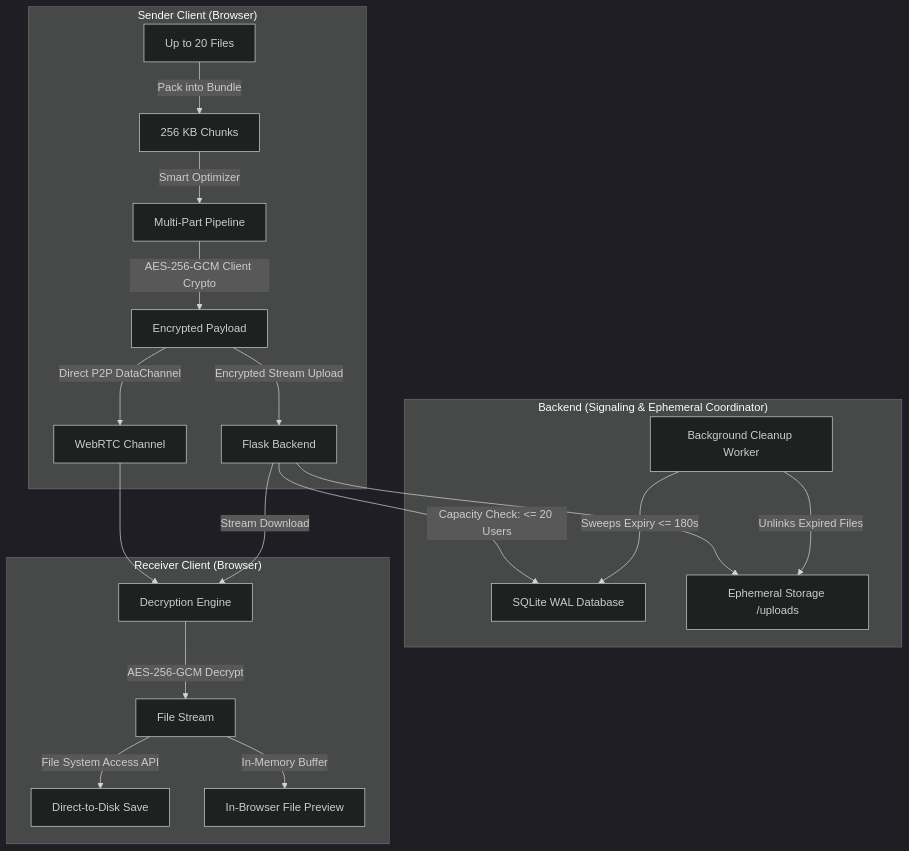
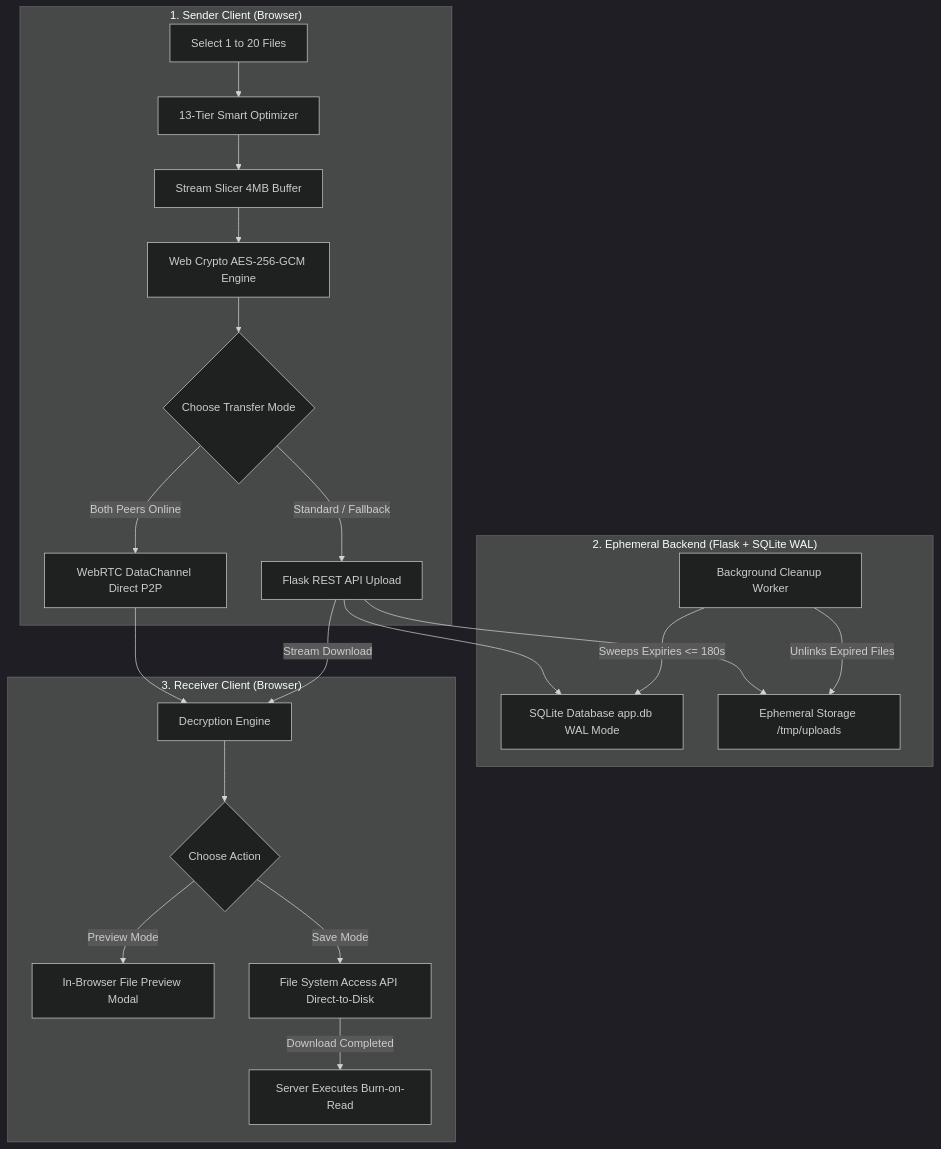
Before and after one commit to Sujalkathait/filesender: the second of 2 diagrams in README.md, drawn with Mermaid (dark theme). The commit also changed other lines of this file and 20 other files, not shown here.

Commit message:
feat: comprehensive HLD/LLD architecture, database scalability, simple English documentation, and test verification

````diff
--- a/README.md
+++ b/README.md
@@ -87,25 +138,27 @@
 ```mermaid
 graph TD
-    subgraph SENDER ["Sender Client (Browser)"]
-        S1[Up to 20 Files] -->|Pack into Bundle| S2[256 KB Chunks]
-        S2 -->|Smart Optimizer| S3[Multi-Part Pipeline]
-        S3 -->|AES-256-GCM Client Crypto| S4[Encrypted Payload]
-        S4 -->|Direct P2P DataChannel| W1[WebRTC Channel]
-        S4 -->|Encrypted Stream Upload| B1[Flask Backend]
+    subgraph SENDER ["1. Sender Client (Browser)"]
+        S1[Select 1 to 20 Files] --> S2[13-Tier Smart Optimizer]
+        S2 --> S3[Stream Slicer 4MB Buffer]
+        S3 --> S4[Web Crypto AES-256-GCM Engine]
+        S4 --> S5{Choose Transfer Mode}
+        S5 -->|Both Peers Online| W1[WebRTC DataChannel Direct P2P]
+        S5 -->|Standard / Fallback| B1[Flask REST API Upload]
     end
 
-    subgraph BACKEND ["Backend (Signaling & Ephemeral Coordinator)"]
-        B1 -->|Capacity Check: <= 20 Users| B2[SQLite WAL Database]
-        B1 --> B3[Ephemeral Storage /uploads]
-        B4[Background Cleanup Worker] -->|Sweeps Expiry <= 180s| B2
+    subgraph SERVER ["2. Ephemeral Backend (Flask + SQLite WAL)"]
+        B1 --> B2[SQLite Database app.db WAL Mode]
+        B1 --> B3[Ephemeral Storage /tmp/uploads]
+        B4[Background Cleanup Worker] -->|Sweeps Expiries <= 180s| B2
         B4 -->|Unlinks Expired Files| B3
     end
 
-    subgraph RECEIVER ["Receiver Client (Browser)"]
+    subgraph RECEIVER ["3. Receiver Client (Browser)"]
         W1 --> R1[Decryption Engine]
         B1 -->|Stream Download| R1
-        R1 -->|AES-256-GCM Decrypt| R2[File Stream]
-        R2 -->|File System Access API| R3[Direct-to-Disk Save]
-        R2 -->|In-Memory Buffer| R4[In-Browser File Preview]
+        R1 --> R2{Choose Action}
+        R2 -->|Preview Mode| R3[In-Browser File Preview Modal]
+        R2 -->|Save Mode| R4[File System Access API Direct-to-Disk]
+        R4 -->|Download Completed| B5[Server Executes Burn-on-Read]
     end
 ```
````
